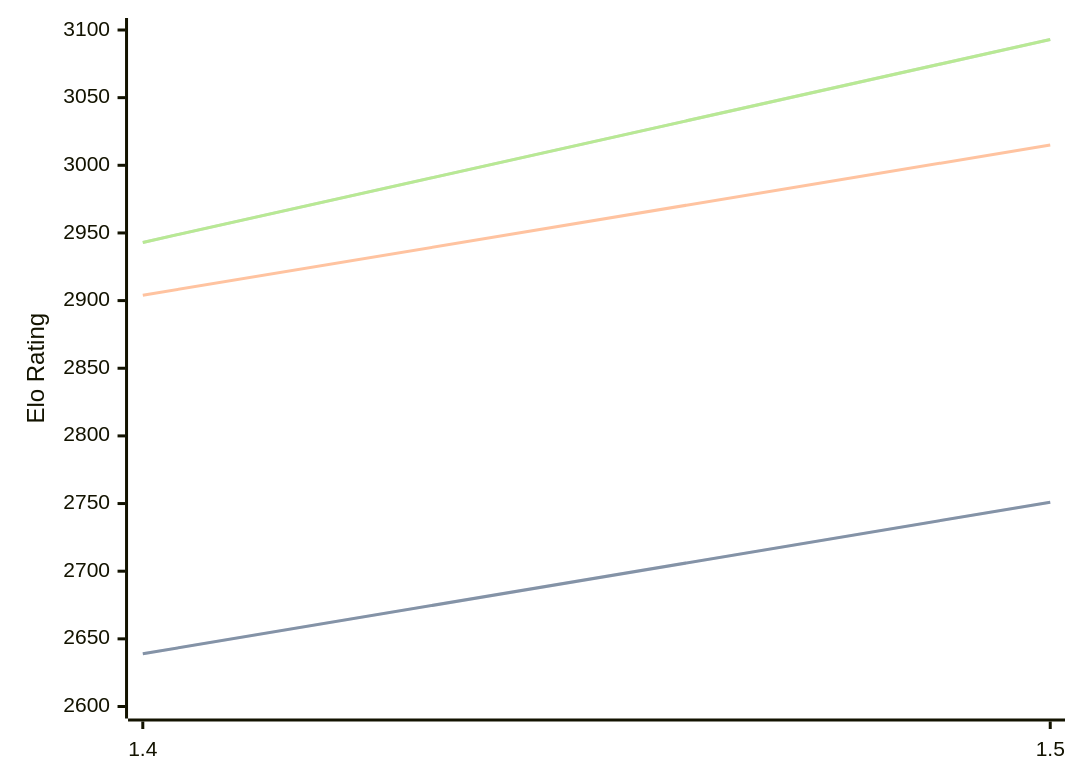
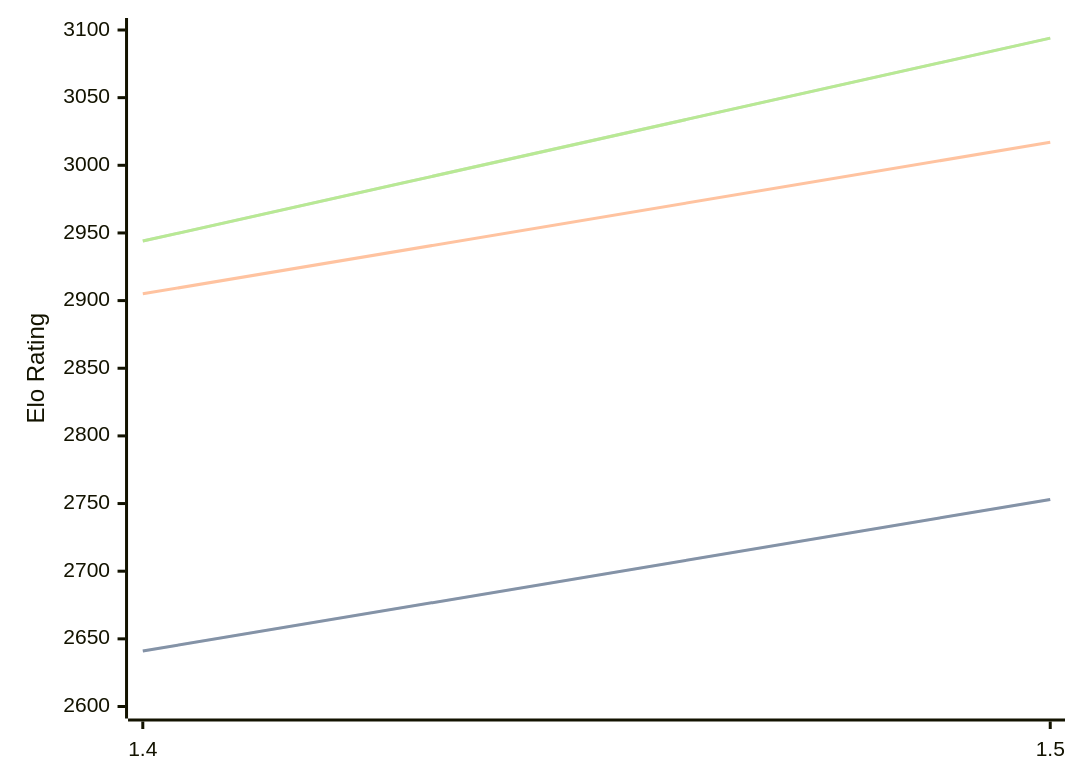
Before and after one commit to computer-chess-index/cci: the diagram in engines/Yakka.md, drawn with Mermaid. The commit also changed other lines of this file, not shown here.

Commit message:
Update CCI Ratings (ELO VLTC) - 2026-06-11

````diff
--- a/engines/Yakka.md
+++ b/engines/Yakka.md
@@ -36,11 +36,11 @@
 ```mermaid
 %%{init: {"theme":"base","themeVariables":{"seriesColors:['#a3a3a3','#222221','#faa371']}}}%%
 xychart-beta
   x-axis ["1.4", "1.5"]
   y-axis "Elo Rating" 2600 --> 3100
-  line "STC (8.0+0.08s)" [2639, 2751]
-  line "STC (8.0+0.08s)" [2639, 2751]
-  line "LTC (60.0+0.60s)" [2904, 3015]
-  line "VLTC (2m24s+1.12s)" [2943, 3093]
-  line "VLTC (2m24s+1.12s)" [2943, 3093]
+  line "STC (8.0+0.08s)" [2641, 2753]
+  line "STC (8.0+0.08s)" [2641, 2753]
+  line "LTC (60.0+0.60s)" [2905, 3017]
+  line "VLTC (2m24s+1.12s)" [2944, 3094]
+  line "VLTC (2m24s+1.12s)" [2944, 3094]
 ```
````
